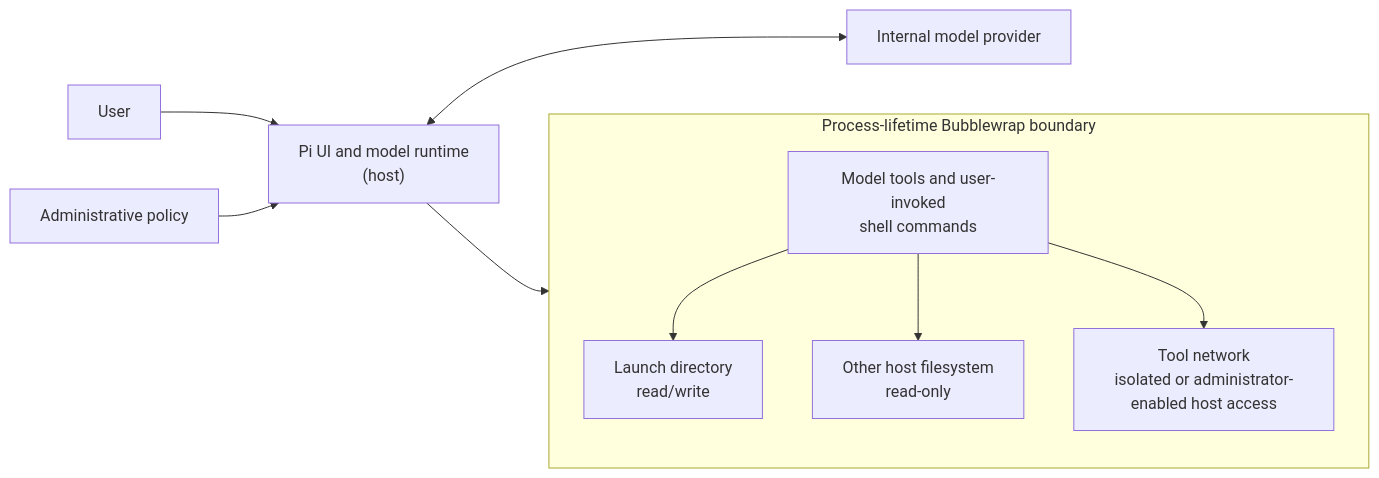
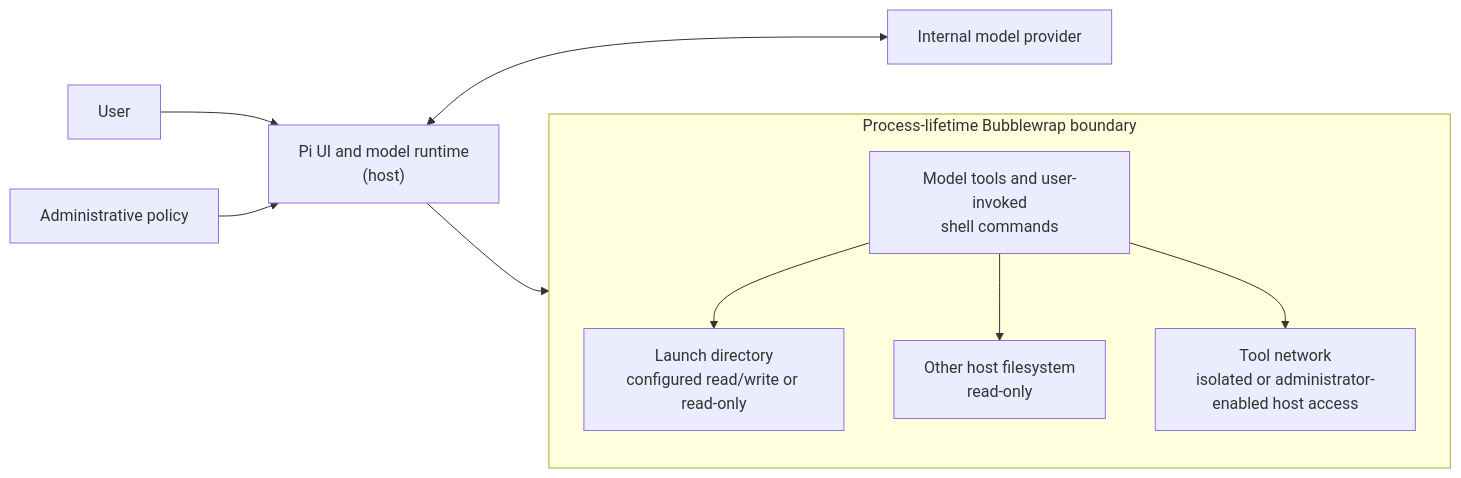
Before and after one commit to kcosr/pi-sandbox: the diagram in README.md, drawn with Mermaid. The commit also changed other lines of this file and 73 other files, not shown here.

Commit message:
Add tool logging, read-only workspaces, and release component inventory

````diff
--- a/README.md
+++ b/README.md
@@ -33,20 +34,20 @@
 ```mermaid
 flowchart LR
     User[User] --> Pi["Pi UI and model runtime<br/>(host)"]
     Policy[Administrative policy] --> Pi
     Pi <--> Provider[Internal model provider]
 
     subgraph Sandbox["Process-lifetime Bubblewrap boundary"]
         direction TB
         Operations["Model tools and user-invoked<br/>shell commands"]
-        LaunchDirectory["Launch directory<br/>read/write"]
+        LaunchDirectory["Launch directory<br/>configured read/write or read-only"]
         HostFilesystem["Other host filesystem<br/>read-only"]
         Network["Tool network<br/>isolated or administrator-enabled host access"]
 
         Operations --> LaunchDirectory
         Operations --> HostFilesystem
         Operations --> Network
     end
 
     Pi --> Operations
 ```
````
